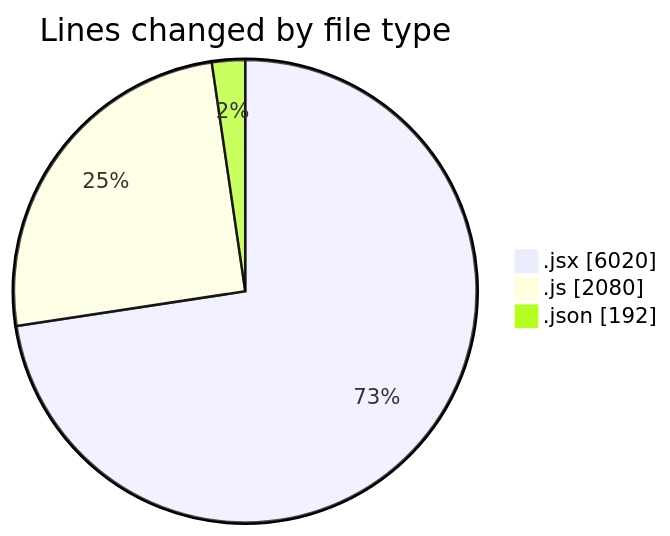
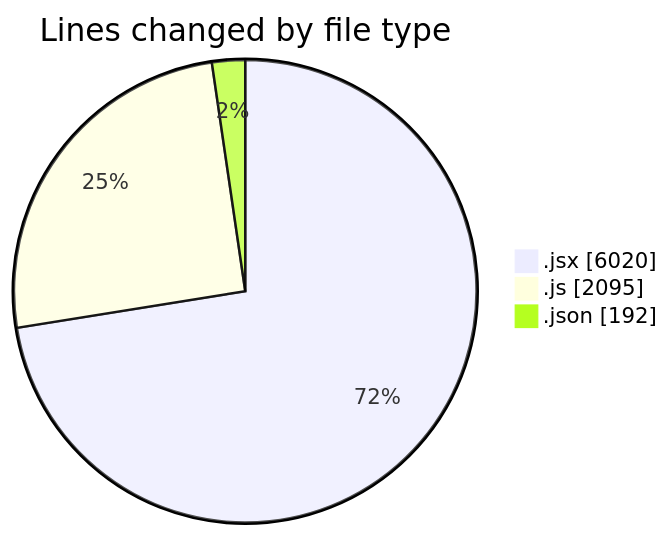
Before and after one commit to nxtqubesakshisongat/code-tracking: the first of 2 diagrams in 2025-08-06/nxtqube_webapp/README.md, drawn with Mermaid. The commit also changed other lines of this file and 1 other file, not shown here.

````diff
--- a/2025-08-06/nxtqube_webapp/README.md
+++ b/2025-08-06/nxtqube_webapp/README.md
@@ -31,7 +31,7 @@
 ```mermaid
 pie showData
 title Lines changed by file type
 ".jsx" : 6020
-".js" : 2080
+".js" : 2095
 ".json" : 192
 ```
````
